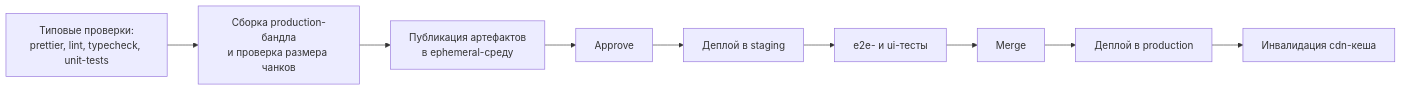
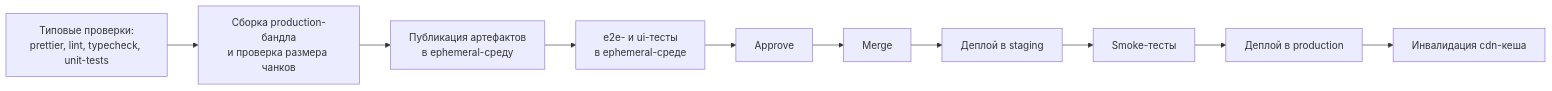
Before and after one commit to nvchursin/otus-feature-flags: the diagram in docs/frontend/deployment.md, drawn with Mermaid. The commit also changed 3 other files, not shown here.

````diff
--- a/docs/frontend/deployment.md
+++ b/docs/frontend/deployment.md
@@ -5,14 +5,15 @@
 ```mermaid
 flowchart LR
     A["Типовые проверки:<br/>prettier, lint, typecheck, unit-tests"]
     B["Сборка production-бандла<br/>и проверка размера чанков"]
     C["Публикация артефактов<br/>в ephemeral-среду"]
-    D["Approve"]
-    E["Деплой в staging"]
-    F["e2e- и ui-тесты"]
-    G["Merge"]
-    H["Деплой в production"]
-    I["Инвалидация cdn-кеша"]
+    D["e2e- и ui-тесты<br/>в ephemeral-среде"]
+    E["Approve"]
+    F["Merge"]
+    G["Деплой в staging"]
+    H["Smoke-тесты"]
+    I["Деплой в production"]
+    J["Инвалидация cdn-кеша"]
 
-    A --> B --> C --> D --> E --> F --> G --> H --> I
+    A --> B --> C --> D --> E --> F --> G --> H --> I --> J
 ```
````
